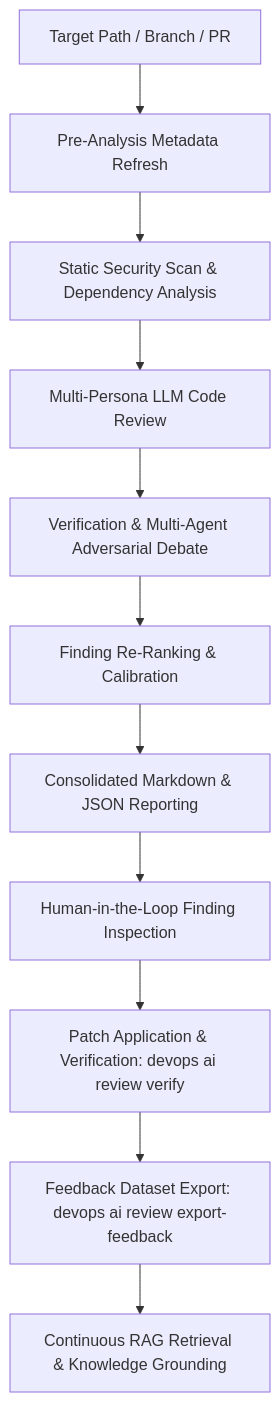
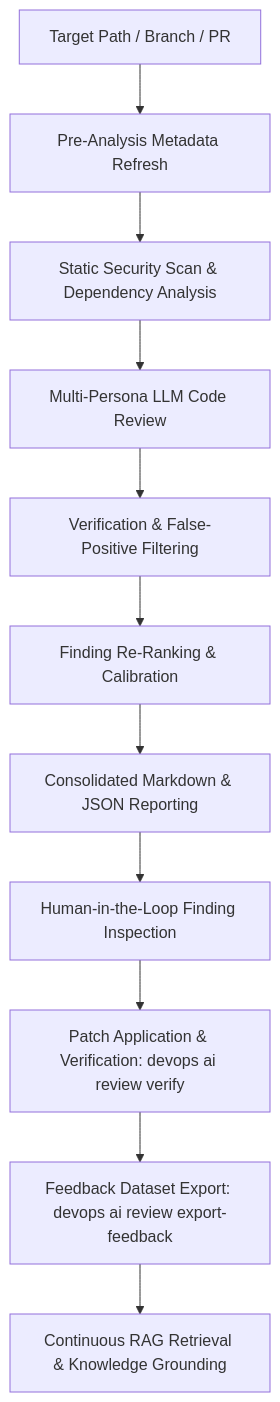
One commit to dan-petty/devops-cli changed the diagram in src/devops_cli/ai/knowledge_base/devops_cli/tasks/ai_code_review.md. Above: the diagram before and after it, drawn with Mermaid. The commit also changed other lines of this file and 705 other files, not shown here.

````diff
--- a/src/devops_cli/ai/knowledge_base/devops_cli/tasks/ai_code_review.md
+++ b/src/devops_cli/ai/knowledge_base/devops_cli/tasks/ai_code_review.md
@@ -11,13 +11,13 @@
 ```mermaid
 graph TD
     A[Target Path / Branch / PR] --> S1[Pre-Analysis Metadata Refresh]
     S1 --> S2[Static Security Scan & Dependency Analysis]
     S2 --> S3[Multi-Persona LLM Code Review]
-    S3 --> S4[Verification & Multi-Agent Adversarial Debate]
+    S3 --> S4[Verification & False-Positive Filtering]
     S4 --> S5[Finding Re-Ranking & Calibration]
     S5 --> S6[Consolidated Markdown & JSON Reporting]
     S6 --> F1[Human-in-the-Loop Finding Inspection]
     F1 --> F2[Patch Application & Verification: devops ai review verify]
     F2 --> F3[Feedback Dataset Export: devops ai review export-feedback]
     F3 --> F4[Continuous RAG Retrieval & Knowledge Grounding]
 ```
````
